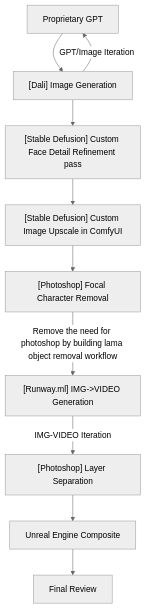
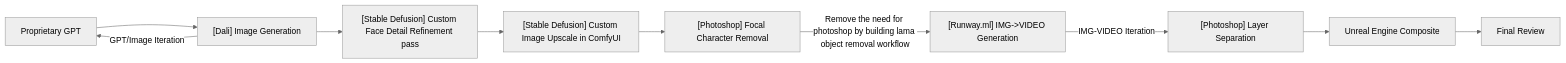
The diagram in bg-Character-workflow.md (diamond-one/hybrid-AI-animated-shorts-pipeline), drawn with Mermaid (neutral theme) before and after one commit.

Commit message:
modifications to bg-character workflow

````diff
--- a/bg-Character-workflow.md
+++ b/bg-Character-workflow.md
@@ -3,23 +3,23 @@
 ```mermaid
-flowchart TD
+flowchart LR
     node1["Proprietary GPT"]
     node2["[Dali] Image Generation"]
     node2a["[Photoshop] Focal Character Removal"]
     node4["[Stable Defusion] Custom Face Detail Refinement pass"]
     node5["[Stable Defusion] Custom Image Upscale in ComfyUI"]
     node6["[Runway.ml] IMG->VIDEO Generation"]
     node7["[Photoshop] Layer Separation"]
     node8["Unreal Engine Composite"]
     node9["Final Review"]
 
     node1 --> node2
     node2 -- GPT/Image Iteration--> node1
     node2 --> node4
     node4 --> node5
     node5 --> node2a
     node2a--Remove the need for photoshop by building lama object removal workflow--> node6
     node6 --IMG-VIDEO Iteration --> node7
     node7 --> node8
     node8 --> node9
 
 ```
````
